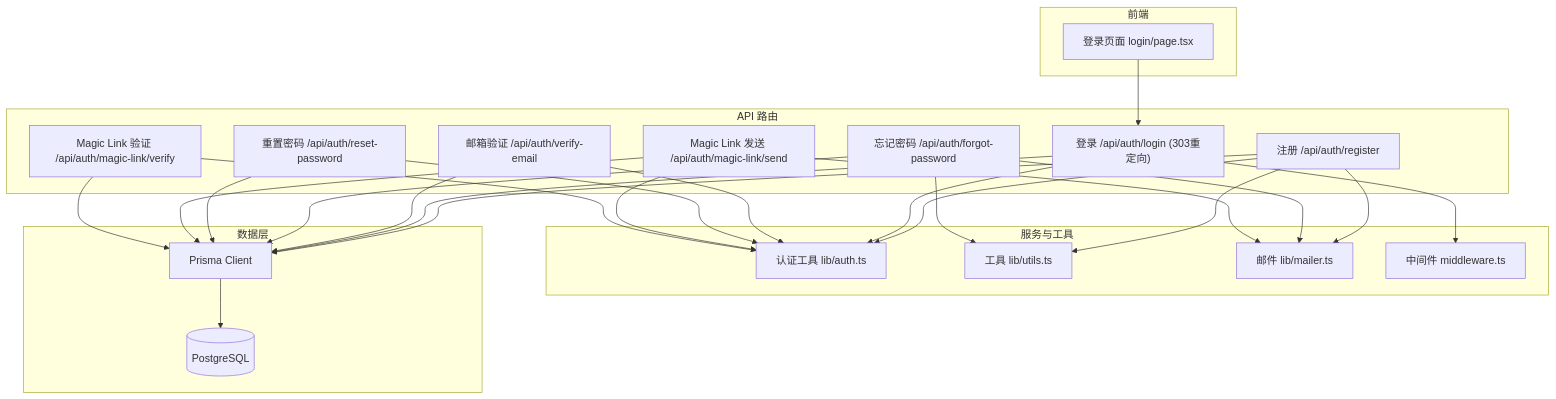
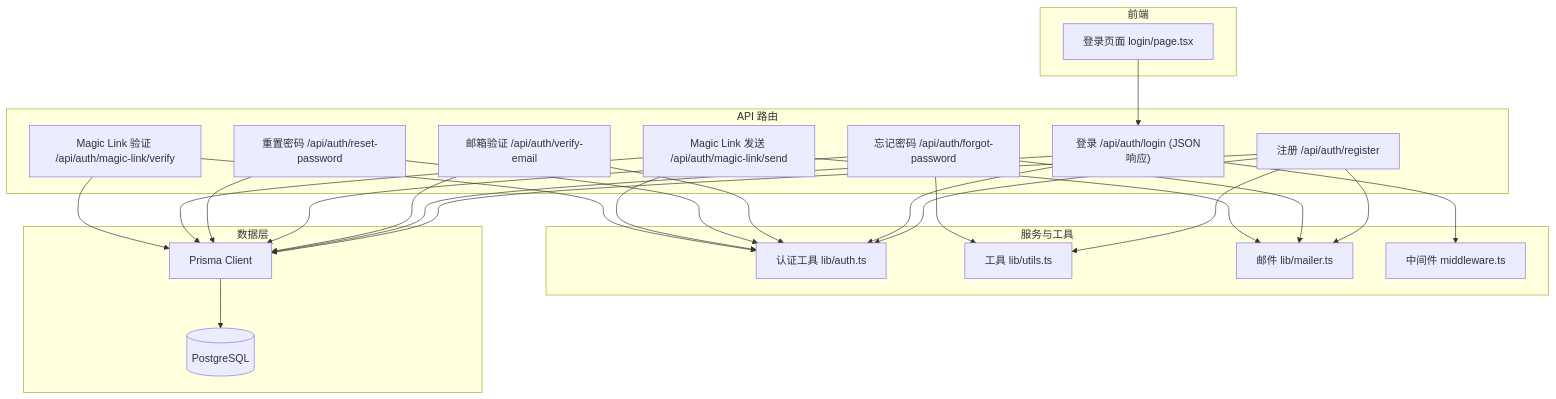
The first of 10 diagrams in .qoder/repowiki/zh/content/用户认证系统/密码认证.md (kangkang919/xinya), drawn with Mermaid before and after one commit. The commit also changed other lines of this file and 35 other files, not shown here.

````diff
--- a/.qoder/repowiki/zh/content/用户认证系统/密码认证.md
+++ b/.qoder/repowiki/zh/content/用户认证系统/密码认证.md
@@ -64,46 +64,46 @@
 ```mermaid
 graph TB
 subgraph "API 路由"
 R["注册 /api/auth/register"]
-L["登录 /api/auth/login (303重定向)"]
+L["登录 /api/auth/login (JSON响应)"]
 V["邮箱验证 /api/auth/verify-email"]
 FP["忘记密码 /api/auth/forgot-password"]
 RP["重置密码 /api/auth/reset-password"]
 ML_SEND["Magic Link 发送 /api/auth/magic-link/send"]
 ML_VERIFY["Magic Link 验证 /api/auth/magic-link/verify"]
 end
 subgraph "服务与工具"
 AUTH["认证工具 lib/auth.ts"]
 UTILS["工具 lib/utils.ts"]
 MAILER["邮件 lib/mailer.ts"]
 MIDDLEWARE["中间件 middleware.ts"]
 end
 subgraph "前端"
 LOGIN_PAGE["登录页面 login/page.tsx"]
 end
 subgraph "数据层"
 PRISMA["Prisma Client"]
 DB[(PostgreSQL)]
 end
 R --> AUTH
 R --> PRISMA
 R --> MAILER
 R --> UTILS
 L --> AUTH
 L --> PRISMA
 L --> MIDDLEWARE
 V --> AUTH
 V --> PRISMA
 FP --> PRISMA
 FP --> MAILER
 FP --> UTILS
 RP --> AUTH
 RP --> PRISMA
 ML_SEND --> PRISMA
 ML_SEND --> MAILER
 ML_SEND --> AUTH
 ML_VERIFY --> AUTH
 ML_VERIFY --> PRISMA
 LOGIN_PAGE --> L
 PRISMA --> DB
 ```
````
